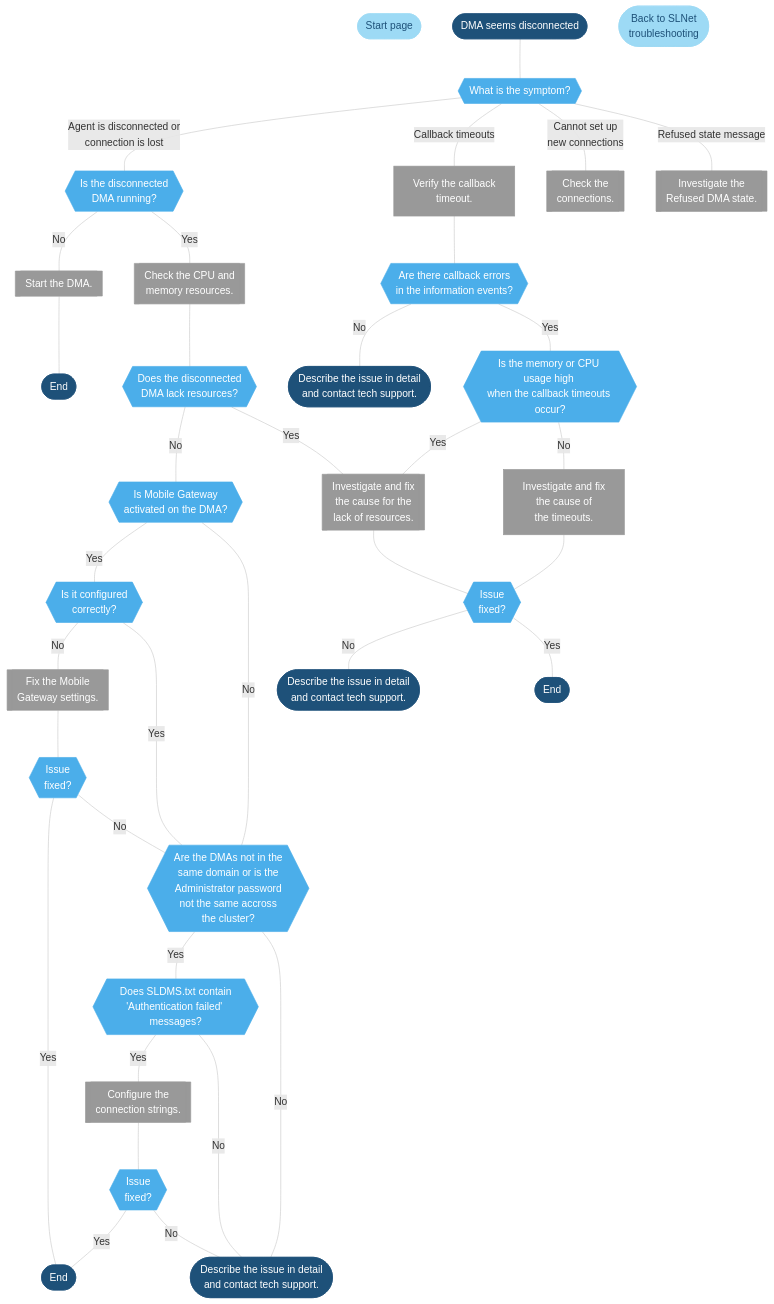
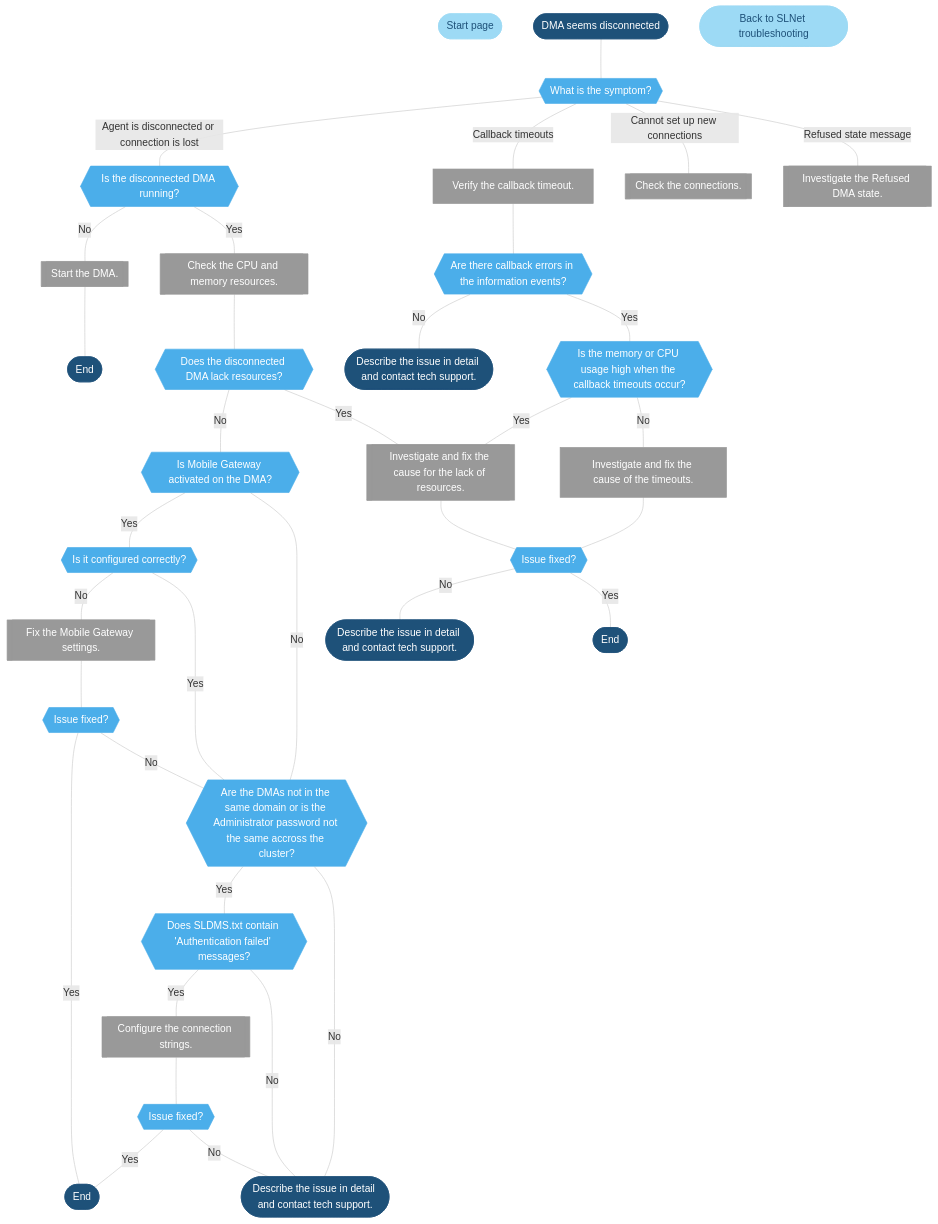
The diagram in user-guide/Troubleshooting/Troubleshooting_Flowcharts/Troubleshooting_Process_Identification/Communication_processes/SLNet/Troubleshooting_SLNet_Disconnects.md (SkylineCommunications/dataminer-docs), drawn with Mermaid before and after one commit. The commit also changed 21 other files, not shown here.

```diff
--- a/user-guide/Troubleshooting/Troubleshooting_Flowcharts/Troubleshooting_Process_Identification/Communication_processes/SLNet/Troubleshooting_SLNet_Disconnects.md
+++ b/user-guide/Troubleshooting/Troubleshooting_Flowcharts/Troubleshooting_Process_Identification/Communication_processes/SLNet/Troubleshooting_SLNet_Disconnects.md
@@ -27,80 +27,80 @@
 %% -------------------------------------------------------------------------
   Home([Start page])
   Start([DMA seems disconnected])
-  Back([Back to SLNet <br/>troubleshooting])
+  Back([Back to SLNet troubleshooting])
   Start --- WhatSymtoms
   WhatSymtoms{{What is the symptom?}}
-  WhatSymtoms --- |Agent is disconnected or<br>connection is lost| IsAgentRunning
+  WhatSymtoms --- |Agent is disconnected or connection is lost| IsAgentRunning
   WhatSymtoms --- |Callback timeouts| VerifyCallback
-  WhatSymtoms --- |Cannot set up <br>new connections|NoMoreConnections
+  WhatSymtoms --- |Cannot set up new connections|NoMoreConnections
   WhatSymtoms --- |Refused state message| RefusedState
   %% -----------------------------------------------------------------------
   %% branch: Agent disconnected or lost
   %% -----------------------------------------------------------------------
-  IsAgentRunning{{Is the disconnected<br/> DMA running?}}
+  IsAgentRunning{{Is the disconnected DMA running?}}
   IsAgentRunning --- |No| StartAgent
   IsAgentRunning --- |Yes| CheckCPUAndMem
   StartAgent[[Start the DMA.]]
   StartAgent --- Ending_3
-  CheckCPUAndMem[[Check the CPU and<br/>memory resources.]]
+  CheckCPUAndMem[[Check the CPU and memory resources.]]
   CheckCPUAndMem --- AreResourcesOk
-  AreResourcesOk{{Does the disconnected <br/>DMA lack resources?}}
+  AreResourcesOk{{Does the disconnected DMA lack resources?}}
   AreResourcesOk --- |No| HasMobileGateway
   AreResourcesOk --- |Yes| LackResources
-  LackResources[[Investigate and fix<br/>the cause for the<br/>lack of resources.]]
+  LackResources[[Investigate and fix the cause for the lack of resources.]]
   LackResources --- IsIssueFixed_3
-  IsIssueFixed_3{{Issue<br/>fixed?}}
+  IsIssueFixed_3{{Issue fixed?}}
   IsIssueFixed_3 --- |No| ContactTechsupport_3
   IsIssueFixed_3 --- |Yes| Ending_2
-  HasMobileGateway{{Is Mobile Gateway <br/>activated on the DMA?}}
+  HasMobileGateway{{Is Mobile Gateway activated on the DMA?}}
   HasMobileGateway --- |Yes| MoblieGatewayActivated
   HasMobileGateway --- |No| NotInSameDomain
-  MoblieGatewayActivated{{Is it configured<br/>correctly?}}
+  MoblieGatewayActivated{{Is it configured correctly?}}
   MoblieGatewayActivated --- |No| FixMobileGatewaySettings
   MoblieGatewayActivated --- |Yes| NotInSameDomain
-  FixMobileGatewaySettings[[Fix the Mobile <br/>Gateway settings.]]
+  FixMobileGatewaySettings[[Fix the Mobile Gateway settings.]]
   FixMobileGatewaySettings --- IsIssueFixed_1
-  IsIssueFixed_1{{Issue<br/>fixed?}}
+  IsIssueFixed_1{{Issue fixed?}}
   IsIssueFixed_1 --- |Yes| Ending_1
   IsIssueFixed_1 --- |No| NotInSameDomain
-  NotInSameDomain{{Are the DMAs not in the<br/>same domain or is the <br/>Administrator password<br/>not the same 	accross<br/>the cluster?}}
+  NotInSameDomain{{Are the DMAs not in the same domain or is the Administrator password not the same accross the cluster?}}
   NotInSameDomain --- |Yes| CheckSLDMS
   NotInSameDomain --- |No| ContactTechsupport
-  CheckSLDMS{{Does SLDMS.txt contain<br/>'Authentication failed' messages?}}
+  CheckSLDMS{{Does SLDMS.txt contain 'Authentication failed' messages?}}
   CheckSLDMS --- |Yes| ConfigureConnectionStrings
   CheckSLDMS --- |No| ContactTechsupport
-  ConfigureConnectionStrings[[Configure the<br/>connection strings.]]
+  ConfigureConnectionStrings[[Configure the connection strings.]]
   ConfigureConnectionStrings --- IsIssueFixed_2
-  IsIssueFixed_2{{Issue<br/>fixed?}}
+  IsIssueFixed_2{{Issue fixed?}}
   IsIssueFixed_2 --- |Yes| Ending_1
   IsIssueFixed_2 --- |No| ContactTechsupport
   %% -----------------------------------------------------------------------
   %% branch: Callback timeouts
   %% -----------------------------------------------------------------------
-  VerifyCallback[Verify the callback <br/>timeout.]
+  VerifyCallback[Verify the callback timeout.]
   VerifyCallback---CallbackVerified
-  CallbackVerified{{Are there callback errors<br/>in the information events?}}
+  CallbackVerified{{Are there callback errors in the information events?}}
   CallbackVerified---|No|ContactTechsupport_2
   CallbackVerified---|Yes|ResourcesCheck
-  ResourcesCheck{{Is the memory or CPU usage high <br/>when the callback timeouts occur?}}
+  ResourcesCheck{{Is the memory or CPU usage high when the callback timeouts occur?}}
   ResourcesCheck---|Yes|LackResources
   ResourcesCheck---|No|DebugCallback
-  DebugCallback[Investigate and fix<br/>the cause of<br/>the timeouts.]
+  DebugCallback[Investigate and fix the cause of the timeouts.]
   DebugCallback --- IsIssueFixed_3
   %% -----------------------------------------------------------------------
   %% branch: Cannot setup new connections
   %% -----------------------------------------------------------------------
-  NoMoreConnections[[Check the <br/>connections.]]
+  NoMoreConnections[[Check the connections.]]
   %% -----------------------------------------------------------------------
   %% branch: Refused state message
   %% -----------------------------------------------------------------------
-  RefusedState[[Investigate the <br/>Refused DMA state.]]
+  RefusedState[[Investigate the Refused DMA state.]]
 %% -------------------------------------------------------------------------
 %% Ending: Contact Techsupport
 %% -------------------------------------------------------------------------
-  ContactTechsupport([Describe the issue in detail <br/>and contact tech support.])
-  ContactTechsupport_2([Describe the issue in detail <br/>and contact tech support.])
-  ContactTechsupport_3([Describe the issue in detail <br/>and contact tech support.])
+  ContactTechsupport([Describe the issue in detail and contact tech support.])
+  ContactTechsupport_2([Describe the issue in detail and contact tech support.])
+  ContactTechsupport_3([Describe the issue in detail and contact tech support.])
 %% -------------------------------------------------------------------------
 %% Ending: Issue fixed
 %% -------------------------------------------------------------------------
```
